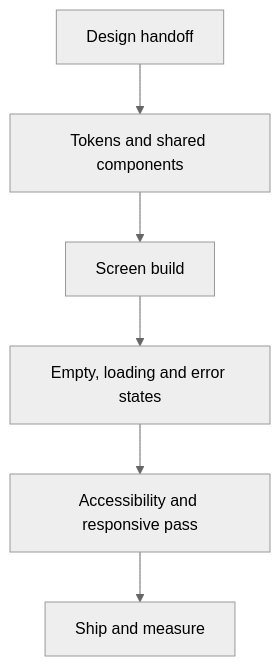
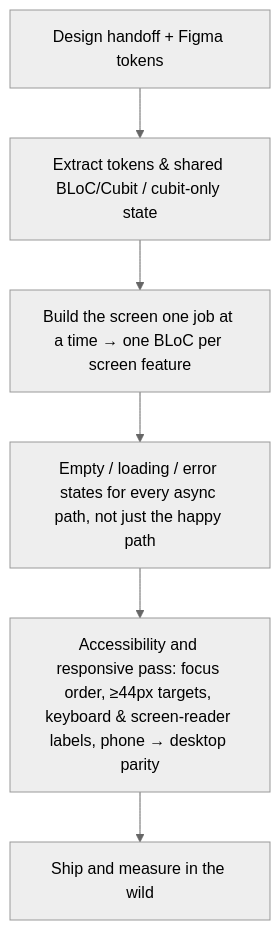
One commit to EswarVarma91/EswarVarma91 changed the diagram in README.md. Above: the diagram before and after it, drawn with Mermaid (neutral theme). The commit also changed other lines of this file, not shown here.

Commit message:
Reorder profile README: SAP CPI is now section 04, everything after it shifted down by one

````diff
--- a/README.md
+++ b/README.md
@@ -173,8 +174,8 @@
 ```mermaid
 flowchart TD
-    A[Design handoff] --> B[Tokens and shared components]
-    B --> C[Screen build]
-    C --> D[Empty, loading and error states]
-    D --> E[Accessibility and responsive pass]
-    E --> F[Ship and measure]
+    A[Design handoff + Figma tokens] --> B[Extract tokens & shared BLoC/Cubit / cubit-only state]
+    B --> C[Build the screen one job at a time → one BLoC per screen feature]
+    C --> D[Empty / loading / error states for every async path, not just the happy path]
+    D --> E[Accessibility and responsive pass: focus order, ≥44px targets, keyboard & screen-reader labels, phone → desktop parity]
+    E --> F[Ship and measure in the wild]
 ```
````
